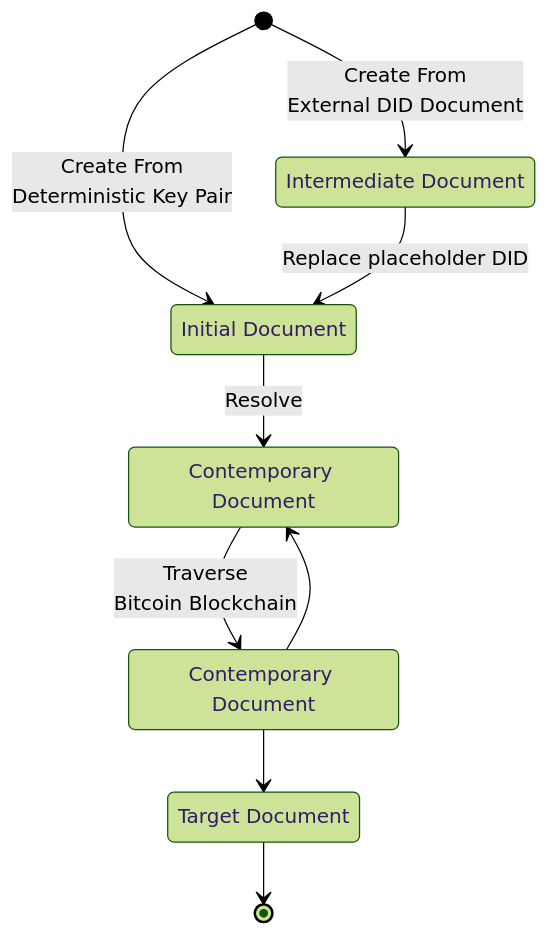
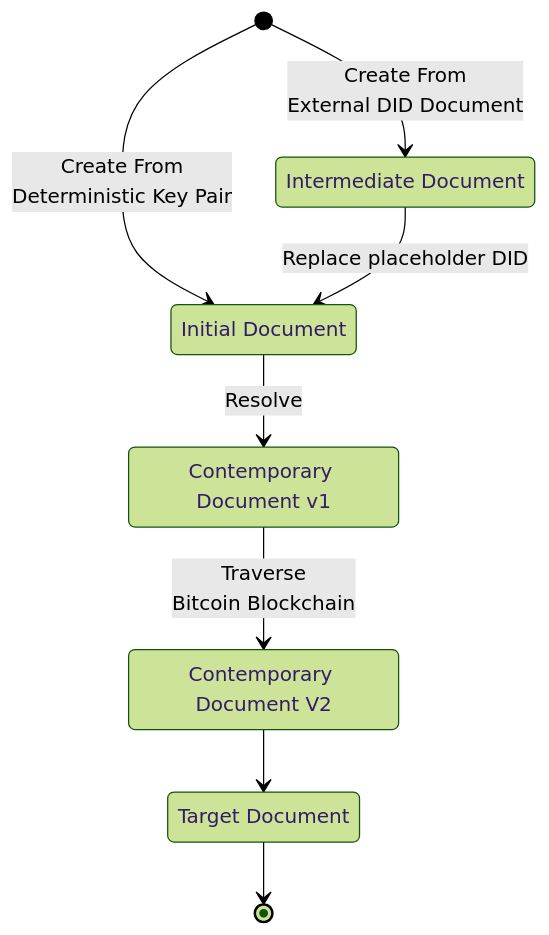
Before and after one commit to jintekc/website-btcr2-dev: the diagram in docs/public/diagrams/did-document-state.mmd, drawn with Mermaid (forest theme). The commit also changed 2 other files, not shown here.

```diff
--- a/docs/public/diagrams/did-document-state.mmd
+++ b/docs/public/diagrams/did-document-state.mmd
@@ -1,15 +1,15 @@
 stateDiagram-v2
     state "Initial Document" as Initial
     state "Intermediate Document" as Intermediate
     state "Target Document" as Target
-    state "Contemporary Document" as Contemporary
-    state "Contemporary Document" as Contemporary1
+    state "Contemporary Document v1" as ContemporaryV1
+    state "Contemporary Document V2" as ContemporaryV2
 
     [*] --> Initial: Create From<br>Deterministic Key Pair
     [*] --> Intermediate: Create From<br>External DID Document
     Intermediate --> Initial: Replace placeholder DID
-    Initial --> Contemporary: Resolve
-    Contemporary --> Contemporary1: Traverse<br>Bitcoin Blockchain
-    Contemporary1 --> Contemporary
-    Contemporary1 --> Target
+    Initial --> ContemporaryV1: Resolve
+    %% Stack of versioned state contemp docs
+    ContemporaryV1 --> ContemporaryV2: Traverse<br>Bitcoin Blockchain
+    ContemporaryV2 --> Target: 
     Target --> [*]
```
